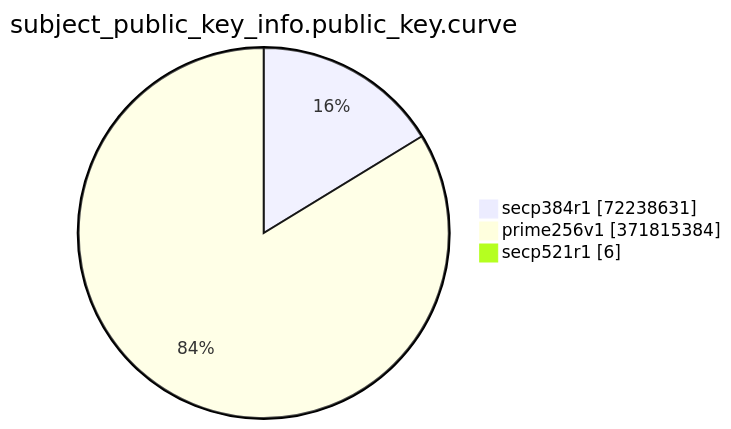
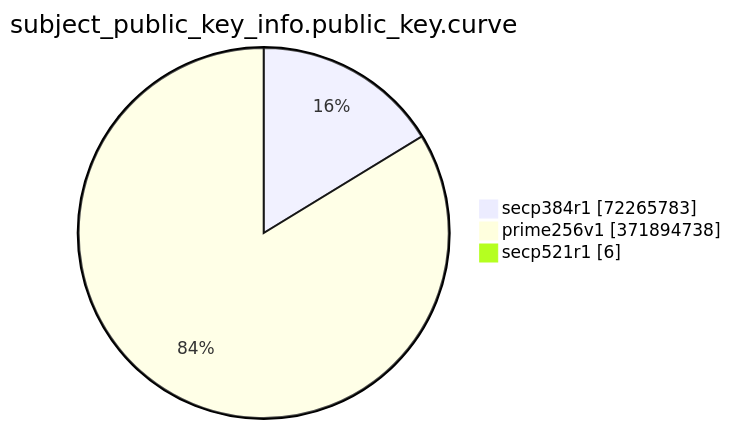
One commit to christiankrug/ctmonitor_visualization changed the eighth of 15 diagrams in TOTAL/README.md. Above: the diagram before and after it, drawn with Mermaid. The commit also changed other lines of this file, not shown here.

````diff
--- a/TOTAL/README.md
+++ b/TOTAL/README.md
@@ -3092,7 +3092,7 @@
 ```mermaid
 pie showData
 title subject_public_key_info.public_key.curve
-"secp384r1" :72238631
-"prime256v1" :371815384
+"secp384r1" :72265783
+"prime256v1" :371894738
 "secp521r1" :6
 ```
````
